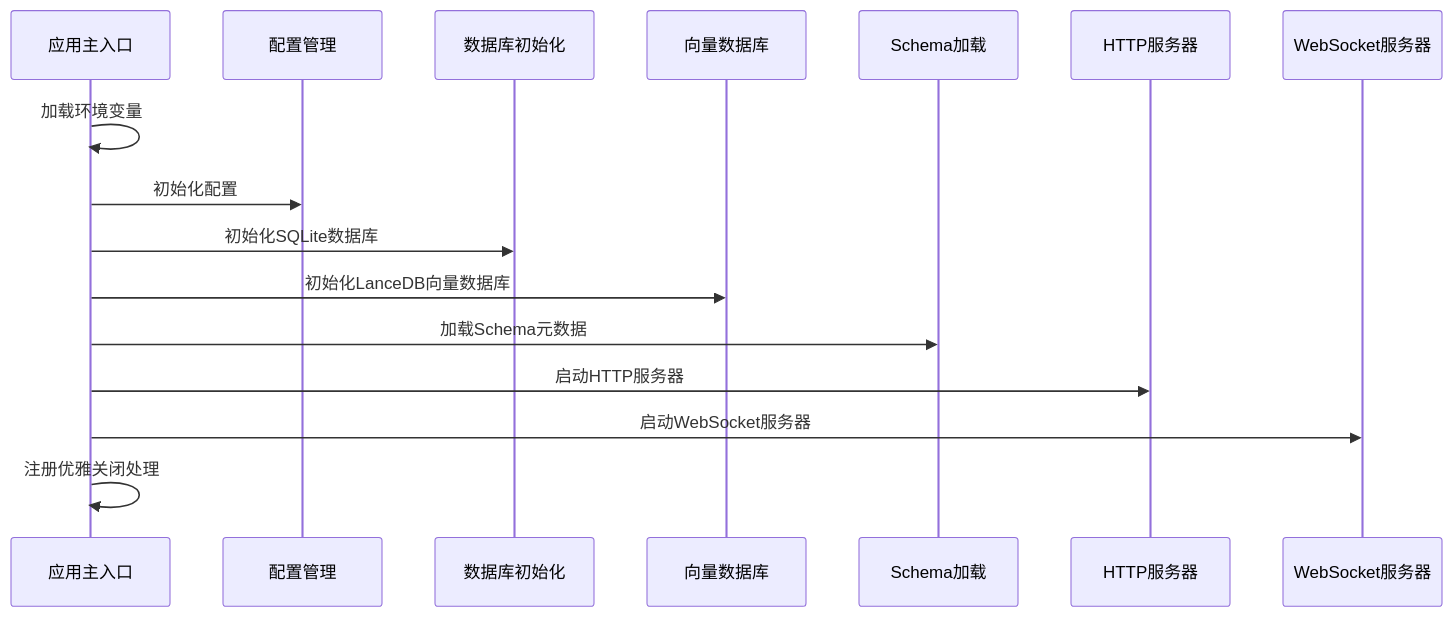
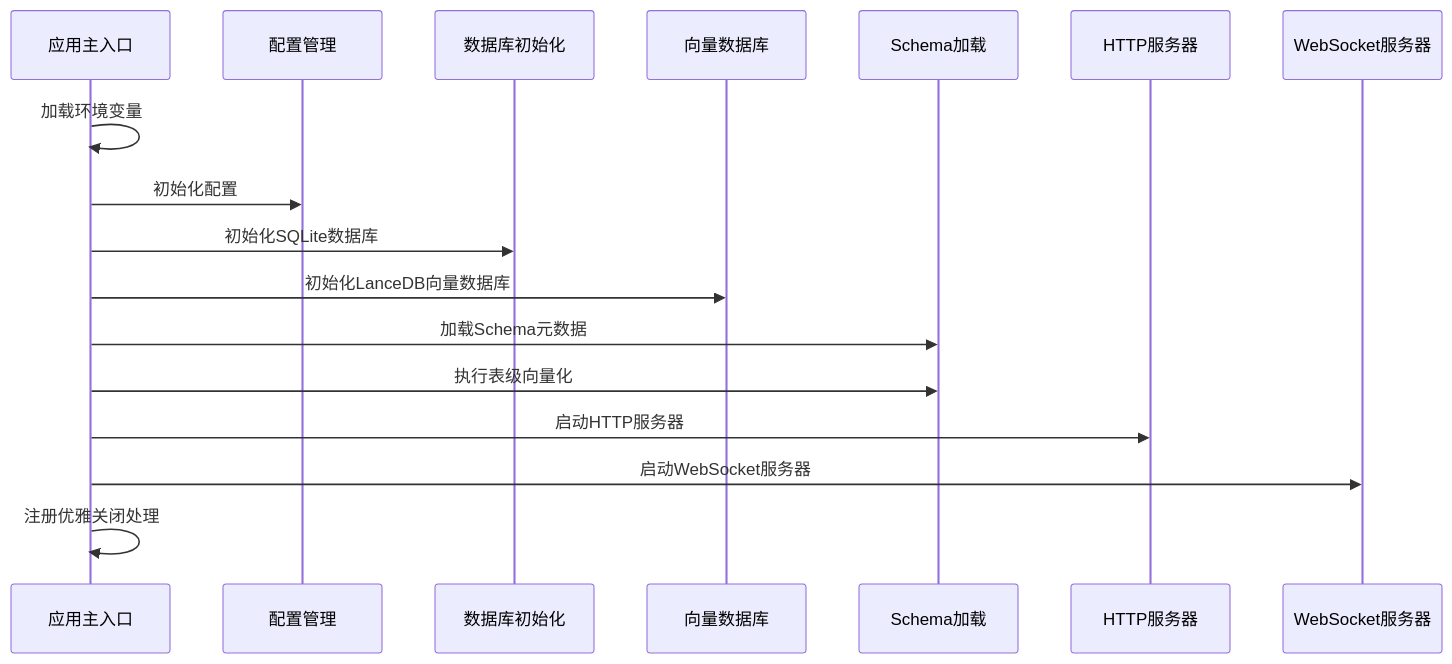
Before and after one commit to HanHuiOnLine/724-office: the second of 21 diagrams in .qoder/repowiki/zh/content/架构设计/NL2SQL系统架构设计.md, drawn with Mermaid. The commit also changed other lines of this file and 5 other files, not shown here.

````diff
--- a/.qoder/repowiki/zh/content/架构设计/NL2SQL系统架构设计.md
+++ b/.qoder/repowiki/zh/content/架构设计/NL2SQL系统架构设计.md
@@ -129,18 +141,19 @@
 ```mermaid
 sequenceDiagram
 participant Main as 应用主入口
 participant Config as 配置管理
 participant DB as 数据库初始化
 participant Vector as 向量数据库
 participant Schema as Schema加载
 participant Server as HTTP服务器
 participant WS as WebSocket服务器
 Main->>Main : 加载环境变量
 Main->>Config : 初始化配置
 Main->>DB : 初始化SQLite数据库
 Main->>Vector : 初始化LanceDB向量数据库
 Main->>Schema : 加载Schema元数据
+Main->>Schema : 执行表级向量化
 Main->>Server : 启动HTTP服务器
 Main->>WS : 启动WebSocket服务器
 Main->>Main : 注册优雅关闭处理
 ```
````
